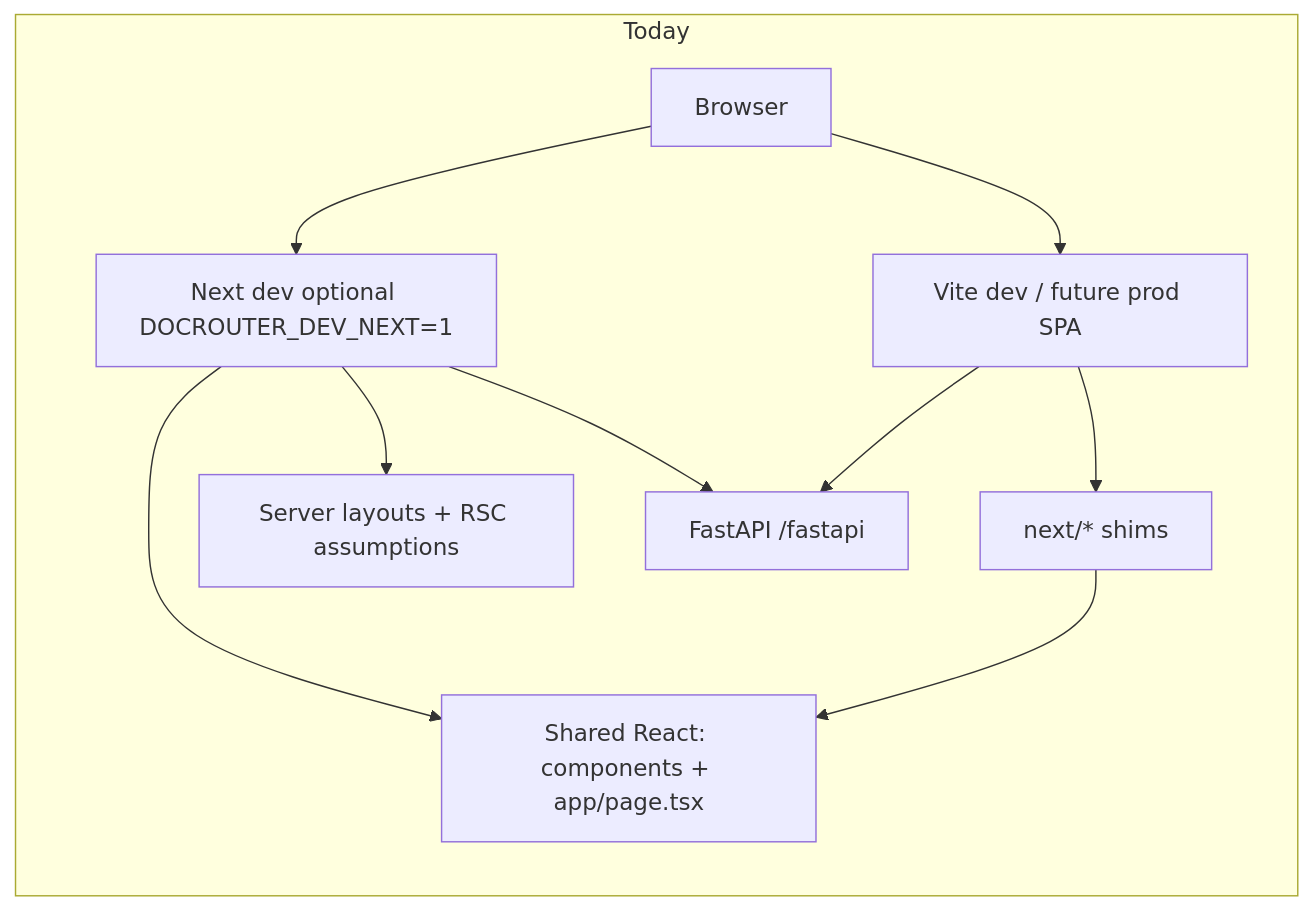
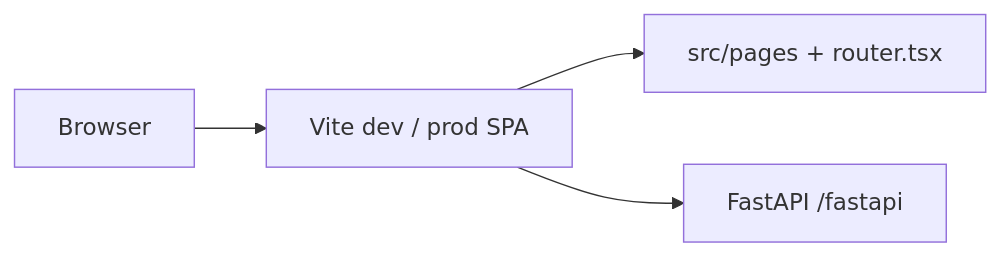
The diagram in docs/vite_next_elimination_plan.md (analytiq-hub/doc-router), drawn with Mermaid before and after one commit. The commit also changed other lines of this file and 92 other files, not shown here.

````diff
--- a/docs/vite_next_elimination_plan.md
+++ b/docs/vite_next_elimination_plan.md
@@ -26,13 +25,6 @@
 ```mermaid
 flowchart LR
-  subgraph today [Today]
-    Browser --> Vite5173[Vite dev / future prod SPA]
-    Browser --> Next3000[Next dev optional DOCROUTER_DEV_NEXT=1]
-    Vite5173 --> Shims[next/* shims]
-    Shims --> Shared[Shared React: components + app/page.tsx]
-    Next3000 --> Shared
-    Next3000 --> SSR[Server layouts + RSC assumptions]
-    Vite5173 --> FastAPI[FastAPI /fastapi]
-    Next3000 --> FastAPI
-  end
+  Browser --> Vite[Vite dev / prod SPA]
+  Vite --> Pages[src/pages + router.tsx]
+  Vite --> FastAPI[FastAPI /fastapi]
 ```
````
